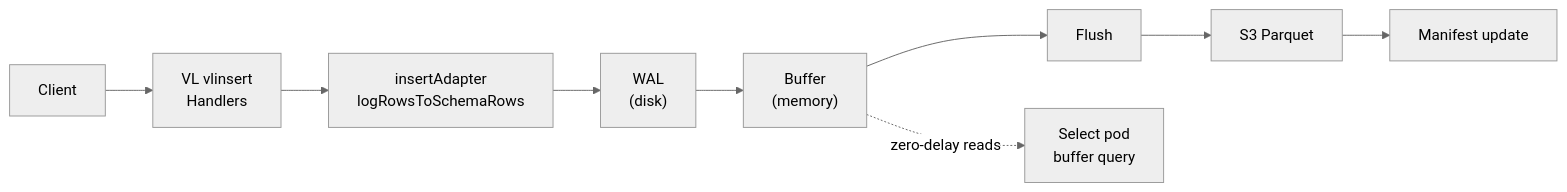
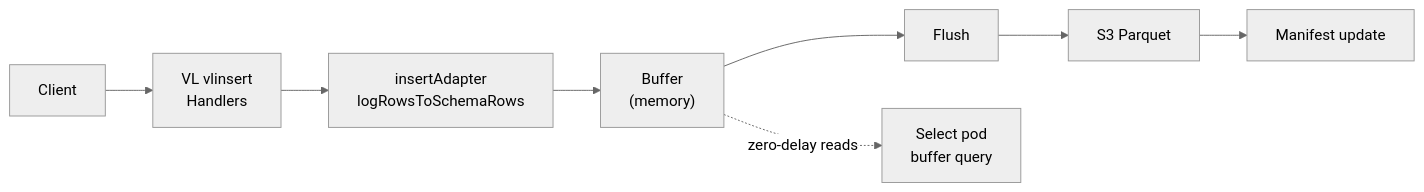
One commit to ReliablyObserve/victoria-lakehouse changed the diagram in docs/write-path.md. Above: the diagram before and after it, drawn with Mermaid (neutral theme). The commit also changed other lines of this file and 30 other files, not shown here.

First line of the commit message:
feat(buffer-store) cutover P5: delete the lakehouse WAL (durability via VL/VT only)

````diff
--- a/docs/write-path.md
+++ b/docs/write-path.md
@@ -19,11 +19,10 @@
 ```mermaid
 flowchart LR
     Client --> VLInsert["VL vlinsert\nHandlers"]
     VLInsert --> Adapter["insertAdapter\nlogRowsToSchemaRows"]
-    Adapter --> WAL["WAL\n(disk)"]
-    WAL --> Buffer["Buffer\n(memory)"]
+    Adapter --> Buffer["Buffer\n(memory)"]
     Buffer --> Flush
     Flush --> S3["S3 Parquet"]
     S3 --> Manifest["Manifest update"]
     Buffer -.->|zero-delay reads| Select["Select pod\nbuffer query"]
 ```
````
